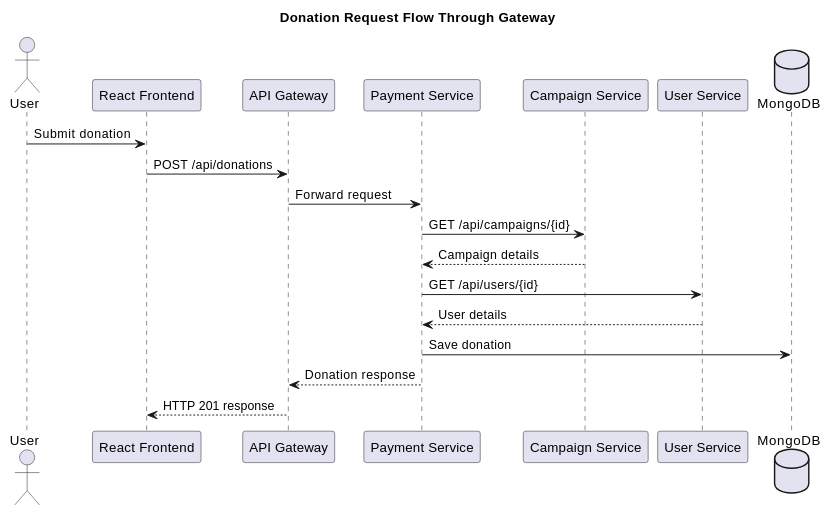
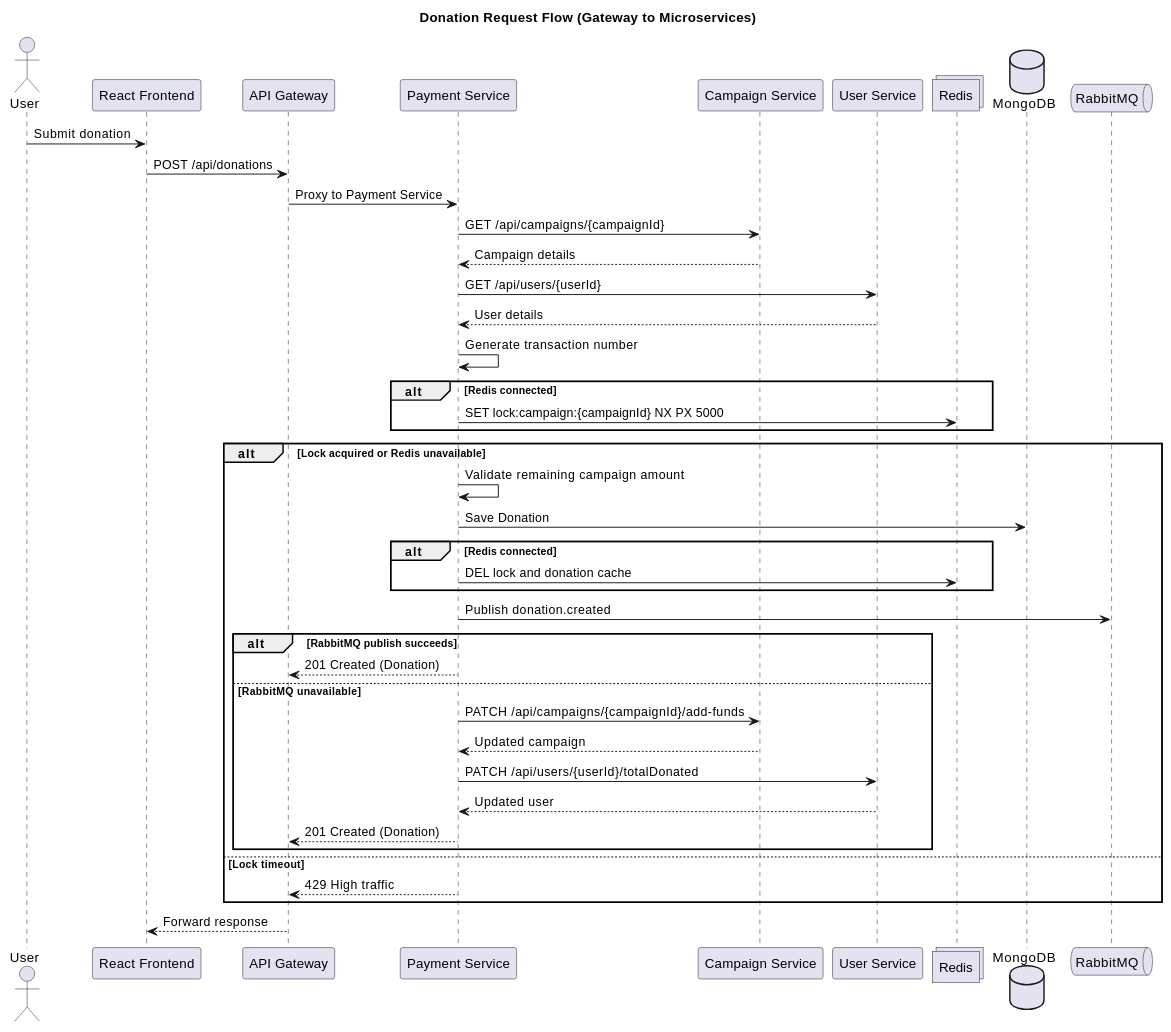
Before and after one commit to bhattacharyaArnab03/CROWD-FUNDING-APPLICATION: the second of 6 diagrams in README.md, drawn with PlantUML. The commit also changed other lines of this file and 11 other files, not shown here.

````diff
--- a/README.md
+++ b/README.md
@@ -283,25 +298,51 @@
 ```plantuml
 @startuml
-title Donation Request Flow Through Gateway
+title Donation Request Flow (Gateway to Microservices)
 
 actor User
 participant "React Frontend" as FE
 participant "API Gateway" as GW
 participant "Payment Service" as PS
 participant "Campaign Service" as CS
 participant "User Service" as US
-database "MongoDB" as DB
+collections "Redis" as RD
+database "MongoDB" as MDB
+queue "RabbitMQ" as MQ
 
 User -> FE : Submit donation
 FE -> GW : POST /api/donations
-GW -> PS : Forward request
-PS -> CS : GET /api/campaigns/{id}
+GW -> PS : Proxy to Payment Service
+PS -> CS : GET /api/campaigns/{campaignId}
 CS --> PS : Campaign details
-PS -> US : GET /api/users/{id}
+PS -> US : GET /api/users/{userId}
 US --> PS : User details
-PS -> DB : Save donation
-PS --> GW : Donation response
-GW --> FE : HTTP 201 response
+PS -> PS : Generate transaction number
+
+alt Redis connected
+  PS -> RD : SET lock:campaign:{campaignId} NX PX 5000
+end
+
+alt Lock acquired or Redis unavailable
+  PS -> PS : Validate remaining campaign amount
+  PS -> MDB : Save Donation
+  alt Redis connected
+    PS -> RD : DEL lock and donation cache
+  end
+  PS -> MQ : Publish donation.created
+  alt RabbitMQ publish succeeds
+    PS --> GW : 201 Created (Donation)
+  else RabbitMQ unavailable
+    PS -> CS : PATCH /api/campaigns/{campaignId}/add-funds
+    CS --> PS : Updated campaign
+    PS -> US : PATCH /api/users/{userId}/totalDonated
+    US --> PS : Updated user
+    PS --> GW : 201 Created (Donation)
+  end
+else Lock timeout
+  PS --> GW : 429 High traffic
+end
+
+GW --> FE : Forward response
 
 @enduml
 ```
````
